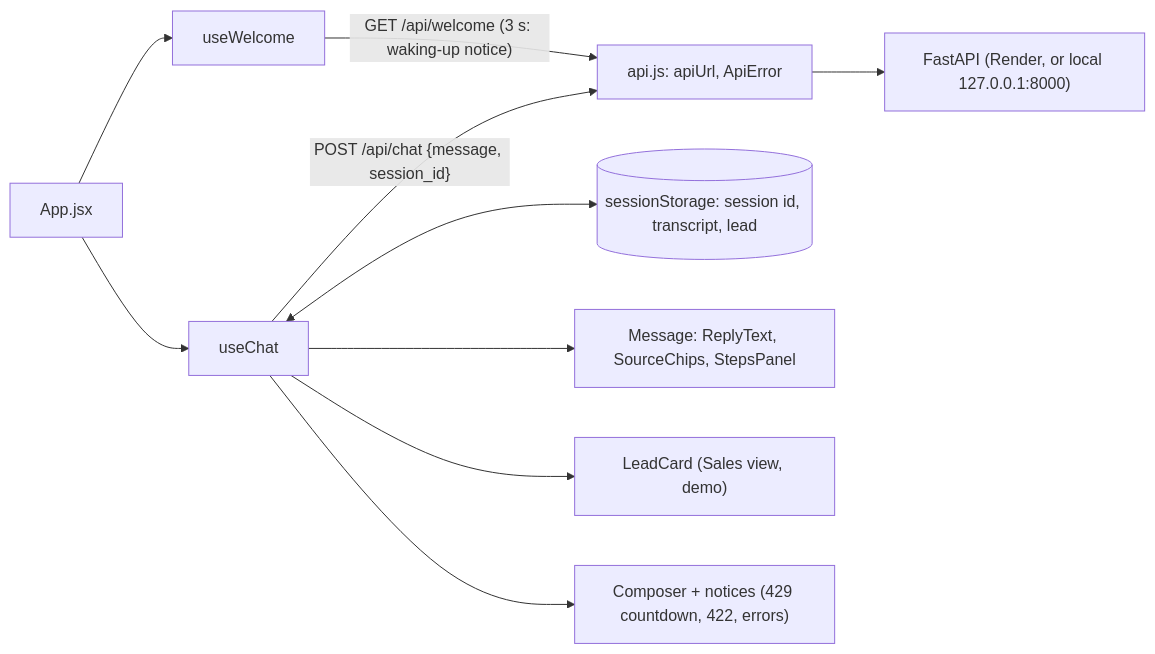
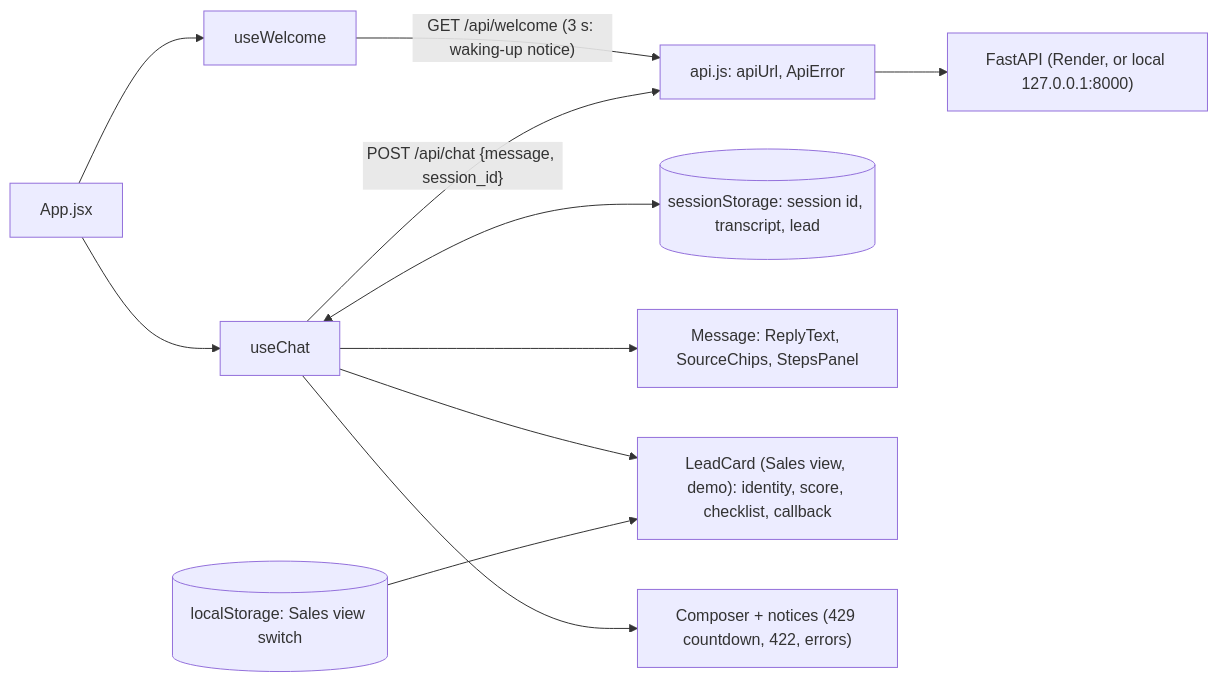
Before and after one commit to AdithyaChauhan/vantis-sales-agent: the ninth of 9 diagrams in docs/ARCHITECTURE.md, drawn with Mermaid. The commit also changed other lines of this file and 32 other files, not shown here.

````diff
--- a/docs/ARCHITECTURE.md
+++ b/docs/ARCHITECTURE.md
@@ -189,12 +190,13 @@
 ```mermaid
 flowchart LR
   page["App.jsx"] --> welcome["useWelcome"]
   page --> chat["useChat"]
   welcome -->|"GET /api/welcome (3 s: waking-up notice)"| api["api.js: apiUrl, ApiError"]
   chat -->|"POST /api/chat {message, session_id}"| api
   api --> backend["FastAPI (Render, or local 127.0.0.1:8000)"]
   chat <--> store[("sessionStorage: session id, transcript, lead")]
   chat --> view["Message: ReplyText, SourceChips, StepsPanel"]
-  chat --> card["LeadCard (Sales view, demo)"]
+  chat --> card["LeadCard (Sales view, demo): identity, score, checklist, callback"]
+  prefs[("localStorage: Sales view switch")] --> card
   chat --> composer["Composer + notices (429 countdown, 422, errors)"]
 ```
````
